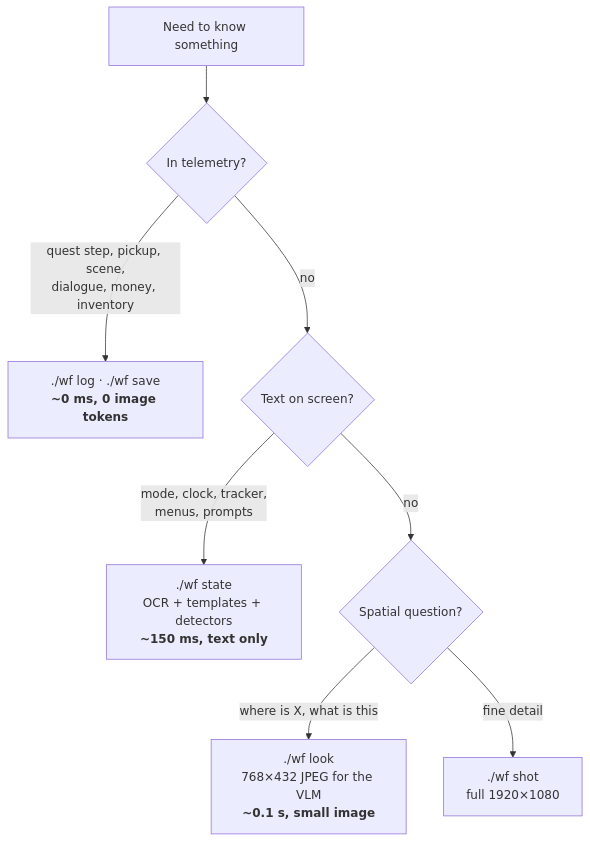
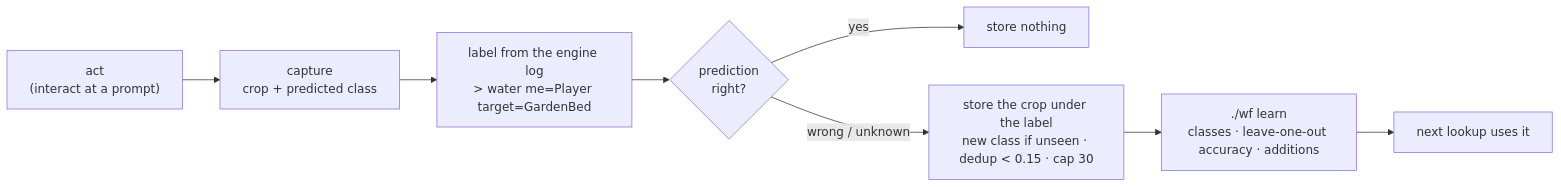
The third of 5 diagrams in README.md (sergiimo/llm-game-agent), drawn with Mermaid before and after one commit. The commit also changed other lines of this file, not shown here.

````diff
--- a/README.md
+++ b/README.md
@@ -81,10 +166,10 @@
 ```mermaid
-flowchart TD
-    A["Need to know something"] --> B{"In telemetry?"}
-    B -- "quest step, pickup, scene,<br/>dialogue, money, inventory" --> T["./wf log · ./wf save<br/><b>~0 ms, 0 image tokens</b>"]
-    B -- no --> C{"Text on screen?"}
-    C -- "mode, clock, tracker,<br/>menus, prompts" --> O["./wf state<br/>OCR + templates + detectors<br/><b>~150 ms, text only</b>"]
-    C -- no --> D{"Spatial question?"}
-    D -- "where is X, what is this" --> V["./wf look<br/>768×432 JPEG for the VLM<br/><b>~0.1 s, small image</b>"]
-    D -- "fine detail" --> F["./wf shot<br/>full 1920×1080"]
+flowchart LR
+    A["act<br/>(interact at a prompt)"] --> C["capture<br/>crop + predicted class"]
+    C --> L["label from the engine log<br/>> water me=Player target=GardenBed"]
+    L --> D{"prediction<br/>right?"}
+    D -- "yes" --> X["store nothing"]
+    D -- "wrong / unknown" --> S["store the crop under the label<br/>new class if unseen · dedup < 0.15 · cap 30"]
+    S --> V["./wf learn<br/>classes · leave-one-out accuracy · additions"]
+    V --> U["next lookup uses it"]
 ```
````
